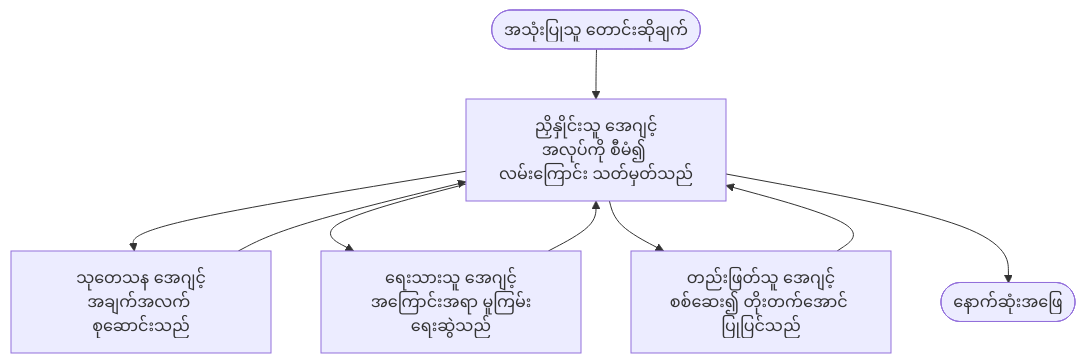
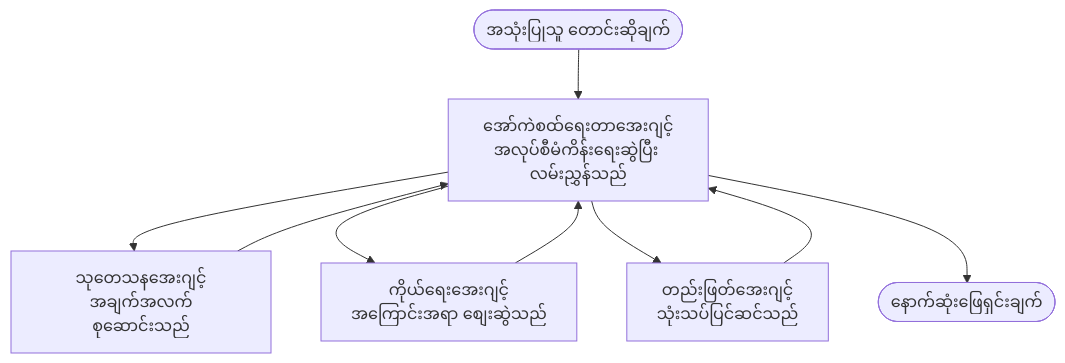
The diagram in translations/my/docs/chapter-05-multi-agent/multi-agent-basics.md (microsoft/AZD-for-beginners), drawn with Mermaid before and after one commit. The commit also changed other lines of this file and 59 other files, not shown here.

````diff
--- a/translations/my/docs/chapter-05-multi-agent/multi-agent-basics.md
+++ b/translations/my/docs/chapter-05-multi-agent/multi-agent-basics.md
@@ -43,11 +43,11 @@
 ```mermaid
 graph TD
-    User([အသုံးပြုသူ တောင်းဆိုချက်]) --> Orchestrator[ညှိနှိုင်းသူ အေဂျင့်<br/>အလုပ်ကို စီမံ၍ လမ်းကြောင်း သတ်မှတ်သည်]
-    Orchestrator --> Researcher[သုတေသန အေဂျင့်<br/>အချက်အလက် စုဆောင်းသည်]
-    Orchestrator --> Writer[ရေးသားသူ အေဂျင့်<br/>အကြောင်းအရာ မူကြမ်းရေးဆွဲသည်]
-    Orchestrator --> Editor[တည်းဖြတ်သူ အေဂျင့်<br/>စစ်ဆေး၍ တိုးတက်အောင် ပြုပြင်သည်]
+    User([အသုံးပြုသူ တောင်းဆိုချက်]) --> Orchestrator[အော်ကဲစထ်ရေးတာအေးဂျင့်<br/>အလုပ်စီမံကိန်းရေးဆွဲပြီး လမ်းညွှန်သည်]
+    Orchestrator --> Researcher[သုတေသနအေးဂျင့်<br/>အချက်အလက်စုဆောင်းသည်]
+    Orchestrator --> Writer[ကိုယ်ရေးအေးဂျင့်<br/>အကြောင်းအရာ စျေးဆွဲသည်]
+    Orchestrator --> Editor[တည်းဖြတ်အေးဂျင့်<br/>သုံးသပ်ပြင်ဆင်သည်]
     Researcher --> Orchestrator
     Writer --> Orchestrator
     Editor --> Orchestrator
-    Orchestrator --> Result([နောက်ဆုံးအဖြေ])
+    Orchestrator --> Result([နောက်ဆုံးဖြေရှင်းချက်])
 ```
````
